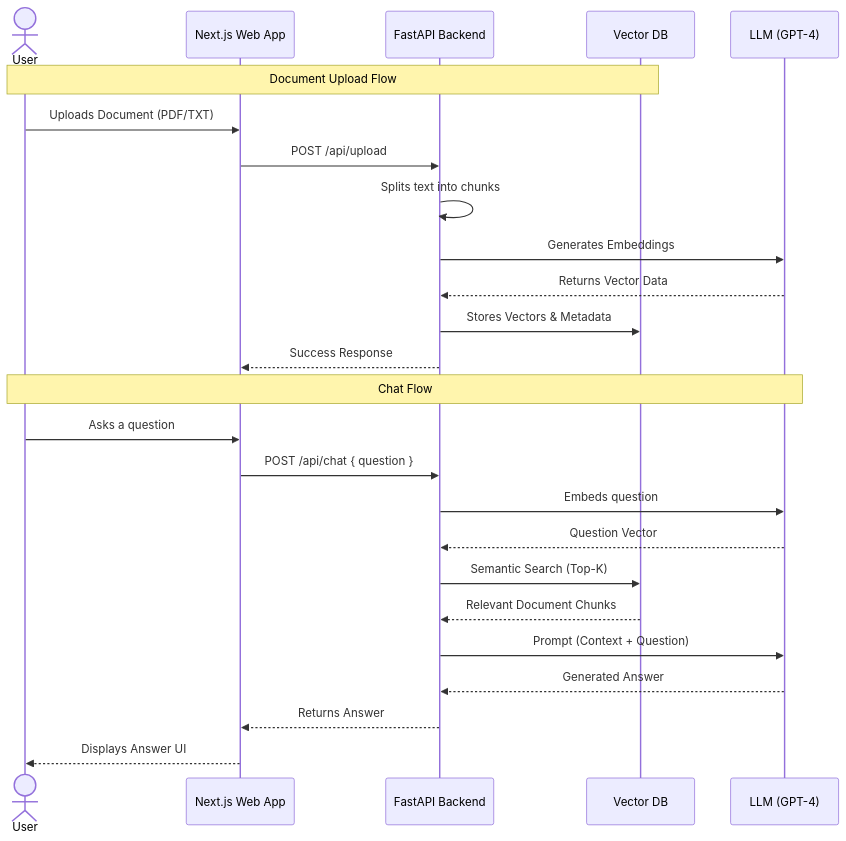
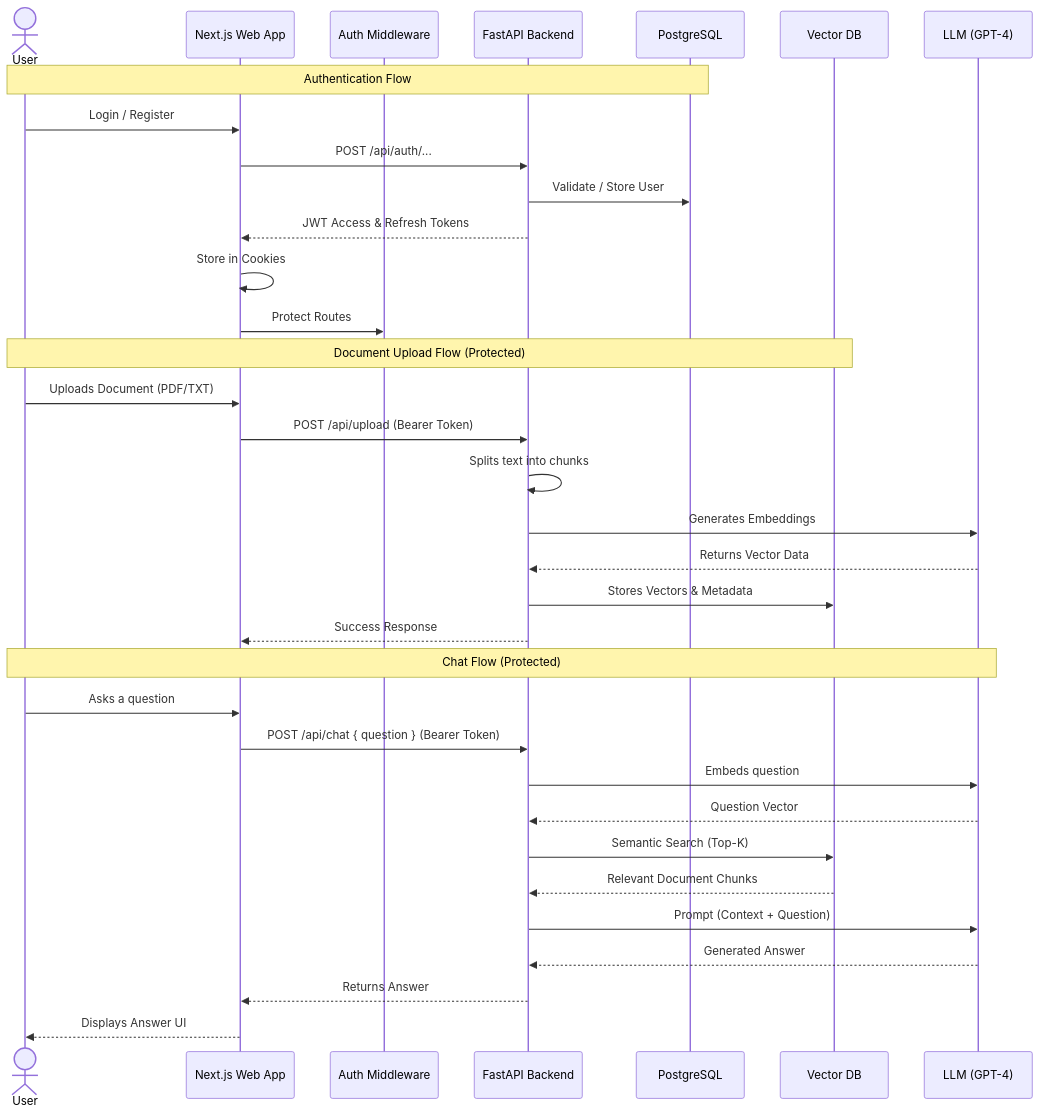
The diagram in README.md (patrick-cuppi/rag-system), drawn with Mermaid before and after one commit. The commit also changed other lines of this file and 30 other files, not shown here.

Commit message:
feat: complete jwt authentication, test setup, and visual documentation

````diff
--- a/README.md
+++ b/README.md
@@ -32,31 +39,42 @@
 ```mermaid
 sequenceDiagram
     actor User
     participant Frontend as Next.js Web App
+    participant Auth Middleware
     participant API as FastAPI Backend
+    participant DB as PostgreSQL
     participant Pinecone as Vector DB
     participant OpenAI as LLM (GPT-4)
 
+    %% Auth Flow
+    Note over User, DB: Authentication Flow
+    User->>Frontend: Login / Register
+    Frontend->>API: POST /api/auth/...
+    API->>DB: Validate / Store User
+    API-->>Frontend: JWT Access & Refresh Tokens
+    Frontend->>Frontend: Store in Cookies
+    Frontend->>Auth Middleware: Protect Routes
+
     %% Upload Flow
-    Note over User, Pinecone: Document Upload Flow
+    Note over User, Pinecone: Document Upload Flow (Protected)
     User->>Frontend: Uploads Document (PDF/TXT)
-    Frontend->>API: POST /api/upload
+    Frontend->>API: POST /api/upload (Bearer Token)
     API->>API: Splits text into chunks
     API->>OpenAI: Generates Embeddings
     OpenAI-->>API: Returns Vector Data
     API->>Pinecone: Stores Vectors & Metadata
     API-->>Frontend: Success Response
 
     %% Chat Flow
-    Note over User, OpenAI: Chat Flow
+    Note over User, OpenAI: Chat Flow (Protected)
     User->>Frontend: Asks a question
-    Frontend->>API: POST /api/chat { question }
+    Frontend->>API: POST /api/chat { question } (Bearer Token)
     API->>OpenAI: Embeds question
     OpenAI-->>API: Question Vector
     API->>Pinecone: Semantic Search (Top-K)
     Pinecone-->>API: Relevant Document Chunks
     API->>OpenAI: Prompt (Context + Question)
     OpenAI-->>API: Generated Answer
     API-->>Frontend: Returns Answer
     Frontend-->>User: Displays Answer UI
 ```
````
